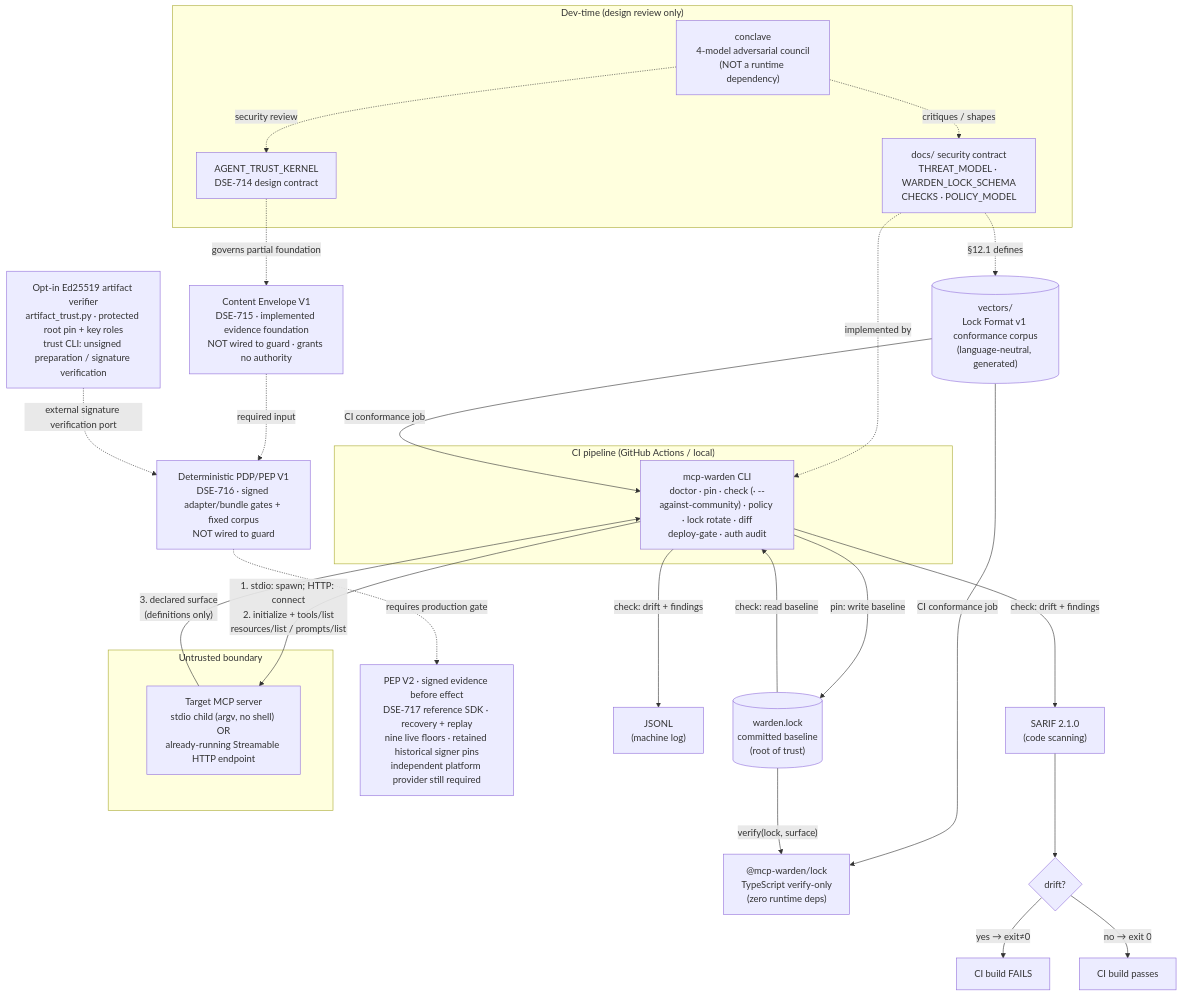
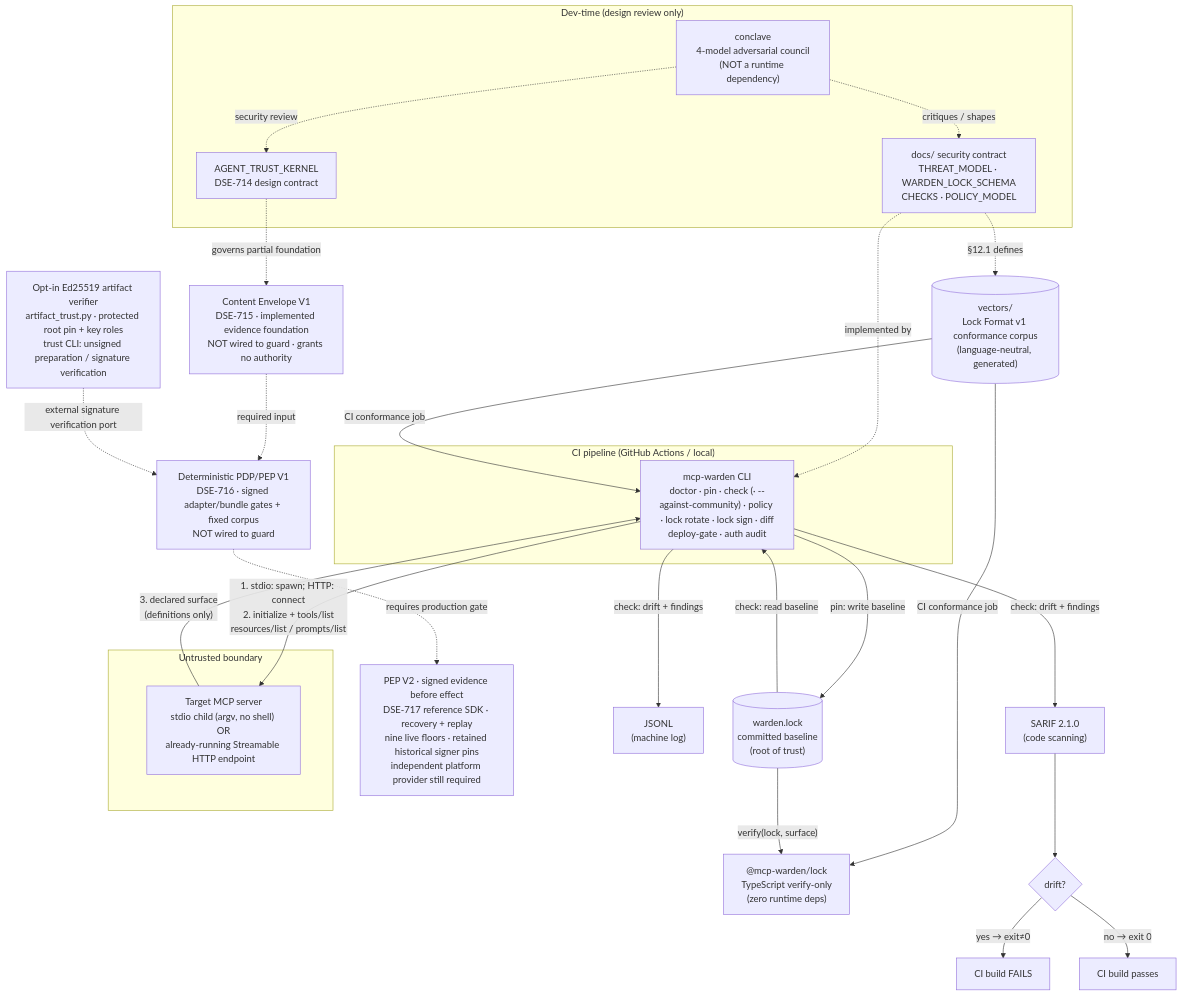
The first of 4 diagrams in SYSTEM_CONTEXT_DIAGRAM.md (DataScience-EngineeringExperts/mcp-warden), drawn with Mermaid before and after one commit. The commit also changed other lines of this file and 3 other files, not shown here.

````diff
--- a/SYSTEM_CONTEXT_DIAGRAM.md
+++ b/SYSTEM_CONTEXT_DIAGRAM.md
@@ -107,54 +110,54 @@
 ```mermaid
 flowchart TB
     subgraph dev["Dev-time (design review only)"]
         conclave["conclave\n4-model adversarial council\n(NOT a runtime dependency)"]
         specs["docs/ security contract\nTHREAT_MODEL · WARDEN_LOCK_SCHEMA\nCHECKS · POLICY_MODEL"]
         atk["AGENT_TRUST_KERNEL\nDSE-714 design contract"]
         conclave -. "critiques / shapes" .-> specs
         conclave -. "security review" .-> atk
     end
 
     envelope["Content Envelope V1\nDSE-715 · implemented evidence foundation\nNOT wired to guard · grants no authority"]
     decision["Deterministic PDP/PEP V1\nDSE-716 · signed adapter/bundle gates + fixed corpus\nNOT wired to guard"]
     artifactTrust["Opt-in Ed25519 artifact verifier\nartifact_trust.py · protected root pin + key roles\ntrust CLI: unsigned preparation / signature verification"]
     evidence["PEP V2 · signed evidence before effect\nDSE-717 reference SDK · recovery + replay\nnine live floors · retained historical signer pins\nindependent platform provider still required"]
     atk -. "governs partial foundation" .-> envelope
     envelope -. "required input" .-> decision
     artifactTrust -. "external signature verification port" .-> decision
     decision -. "requires production gate" .-> evidence
 
     subgraph ci["CI pipeline (GitHub Actions / local)"]
         warden["mcp-warden CLI
-doctor · pin · check (· --against-community) · policy · lock rotate · diff
+doctor · pin · check (· --against-community) · policy · lock rotate · lock sign · diff
 deploy-gate · auth audit"]
     end
 
     subgraph target["Untrusted boundary"]
         server["Target MCP server\nstdio child (argv, no shell) OR\nalready-running Streamable HTTP endpoint"]
     end
 
     repo[("warden.lock\ncommitted baseline\n(root of trust)")]
     sarif["SARIF 2.1.0\n(code scanning)"]
     jsonl["JSONL\n(machine log)"]
 
     specs -. "implemented by" .-> warden
 
     vectors[("vectors/\nLock Format v1 conformance corpus\n(language-neutral, generated)")]
     lockts["@mcp-warden/lock\nTypeScript verify-only\n(zero runtime deps)"]
     specs -. "§12.1 defines" .-> vectors
     vectors -- "CI conformance job" --> warden
     vectors -- "CI conformance job" --> lockts
     repo -- "verify(lock, surface)" --> lockts
 
     warden -- "1. stdio: spawn; HTTP: connect\n2. initialize + tools/list\nresources/list / prompts/list" --> server
     server -- "3. declared surface\n(definitions only)" --> warden
 
     warden -- "pin: write baseline" --> repo
     repo -- "check: read baseline" --> warden
     warden -- "check: drift + findings" --> sarif
     warden -- "check: drift + findings" --> jsonl
 
     sarif --> gate{"drift?"}
     gate -- "yes → exit≠0" --> failci["CI build FAILS"]
     gate -- "no → exit 0" --> passci["CI build passes"]
 ```
````
